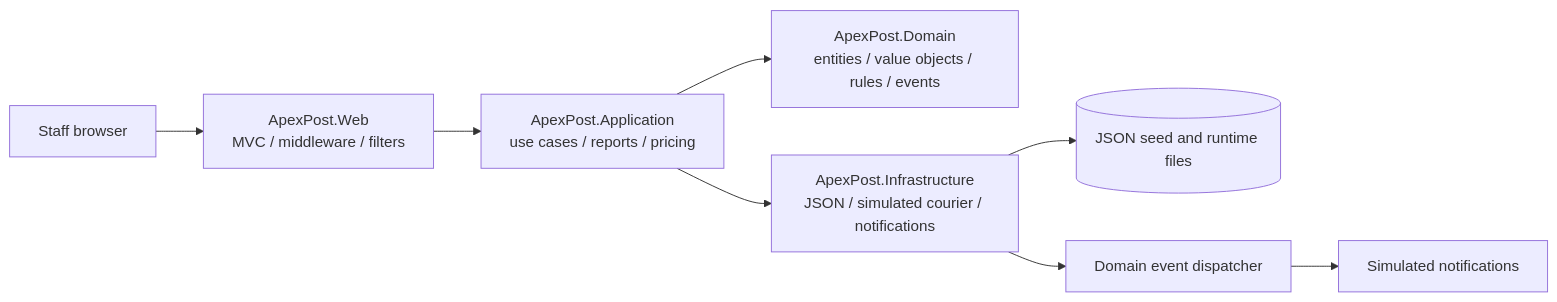
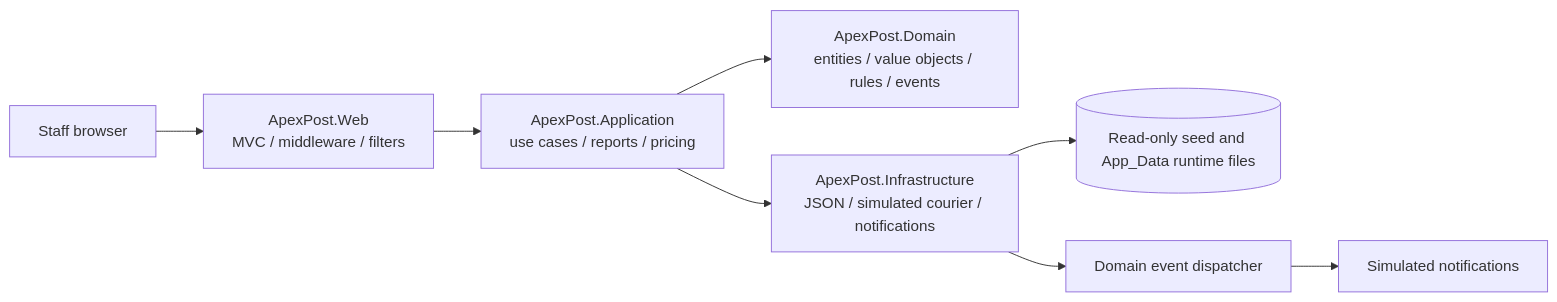
One commit to vercellmotive/ApexPost changed the first of 3 diagrams in DESIGN.md. Above: the diagram before and after it, drawn with Mermaid. The commit also changed other lines of this file and 60 other files, not shown here.

````diff
--- a/DESIGN.md
+++ b/DESIGN.md
@@ -7,10 +7,10 @@
 ```mermaid
 flowchart LR
     Browser[Staff browser] --> Web[ApexPost.Web<br/>MVC / middleware / filters]
     Web --> App[ApexPost.Application<br/>use cases / reports / pricing]
     App --> Domain[ApexPost.Domain<br/>entities / value objects / rules / events]
     App --> Infra[ApexPost.Infrastructure<br/>JSON / simulated courier / notifications]
-    Infra --> Files[(JSON seed and runtime files)]
+    Infra --> Files[(Read-only seed and App_Data runtime files)]
     Infra --> EventDispatcher[Domain event dispatcher]
     EventDispatcher --> Notifications[Simulated notifications]
 ```
````
